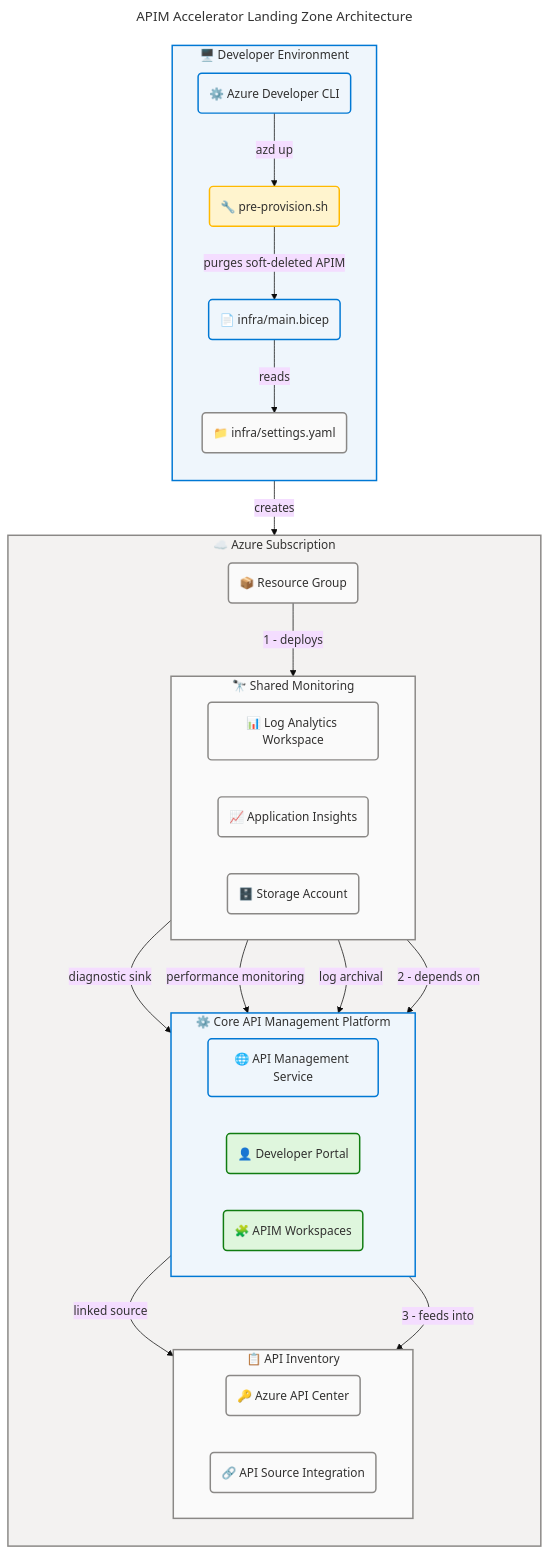
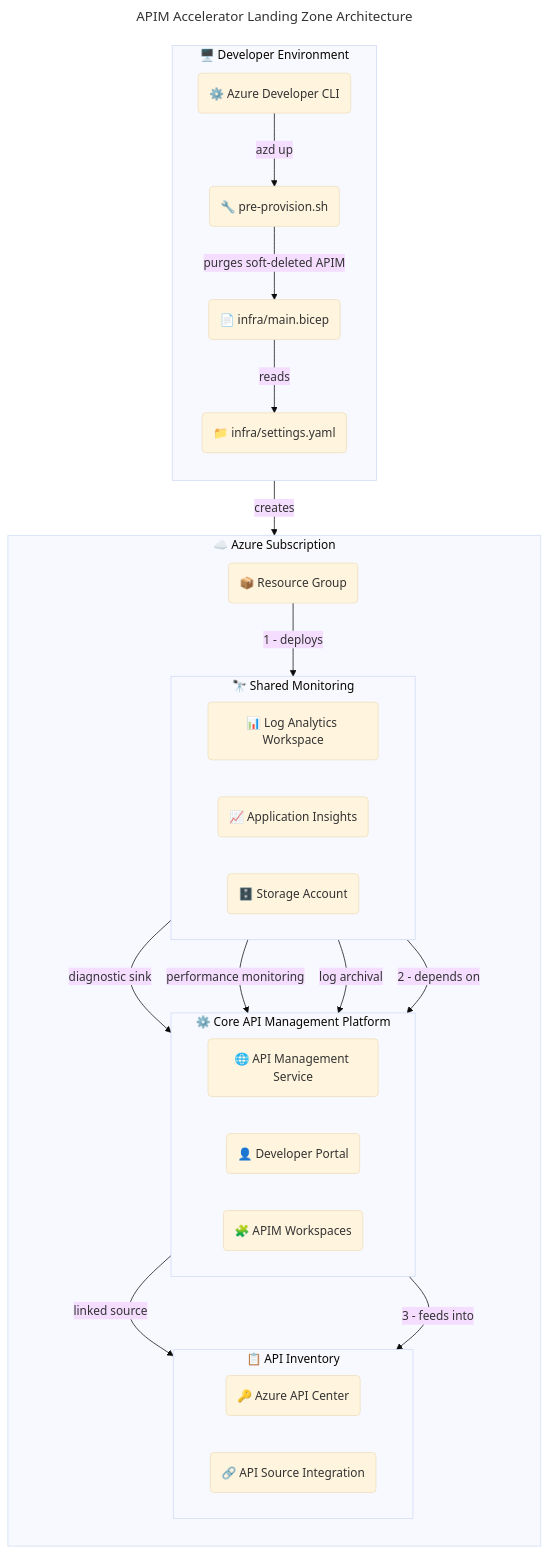
The diagram in README.md (Evilazaro/APIM-Accelerator), drawn with Mermaid before and after one commit. The commit also changed 2 other files, not shown here.

Commit message:
style: remove redundant comments and streamline flowchart styles for clarity in architecture documentation

````diff
--- a/README.md
+++ b/README.md
@@ -101,16 +101,6 @@
     accTitle: APIM Accelerator Landing Zone Architecture
     accDescr: End-to-end architecture of the APIM Accelerator showing azd CLI orchestration, Bicep modules, and deployed Azure resources grouped by shared monitoring, core platform, and API inventory layers
 
-    %% ═══════════════════════════════════════════════════════════════════════════
-    %% AZURE / FLUENT ARCHITECTURE PATTERN v1.1
-    %% (Semantic + Structural + Font + Accessibility Governance)
-    %% ═══════════════════════════════════════════════════════════════════════════
-    %% PHASE 1 - FLUENT UI: All styling uses approved Fluent UI palette only
-    %% PHASE 2 - GROUPS: Every subgraph has semantic color via style directive
-    %% PHASE 3 - COMPONENTS: Every node has semantic classDef + icon prefix
-    %% PHASE 4 - ACCESSIBILITY: accTitle/accDescr present, WCAG AA contrast
-    %% PHASE 5 - STANDARD: Governance block present, classDefs centralized
-    %% ═══════════════════════════════════════════════════════════════════════════
 
     subgraph devEnv["🖥️ Developer Environment"]
         direction TB
@@ -157,15 +147,5 @@
     stg -->|"log archival"| apim
     apim -->|"linked source"| apiCenter
 
-    style devEnv fill:#EFF6FC,stroke:#0078D4,stroke-width:2px,color:#323130
-    style azureSub fill:#F3F2F1,stroke:#8A8886,stroke-width:2px,color:#323130
-    style sharedLayer fill:#FAFAFA,stroke:#8A8886,stroke-width:2px,color:#323130
-    style coreLayer fill:#EFF6FC,stroke:#0078D4,stroke-width:2px,color:#323130
-    style inventoryLayer fill:#FAFAFA,stroke:#8A8886,stroke-width:2px,color:#323130
 
-    %% Centralized semantic classDefs (AZURE/FLUENT v1.1 — Phase 5 compliant)
-    classDef neutral fill:#FAFAFA,stroke:#8A8886,stroke-width:2px,color:#323130
-    classDef core fill:#EFF6FC,stroke:#0078D4,stroke-width:2px,color:#323130
-    classDef success fill:#DFF6DD,stroke:#107C10,stroke-width:2px,color:#323130
-    classDef warning fill:#FFF4CE,stroke:#FFB900,stroke-width:2px,color:#323130
 ```
````
